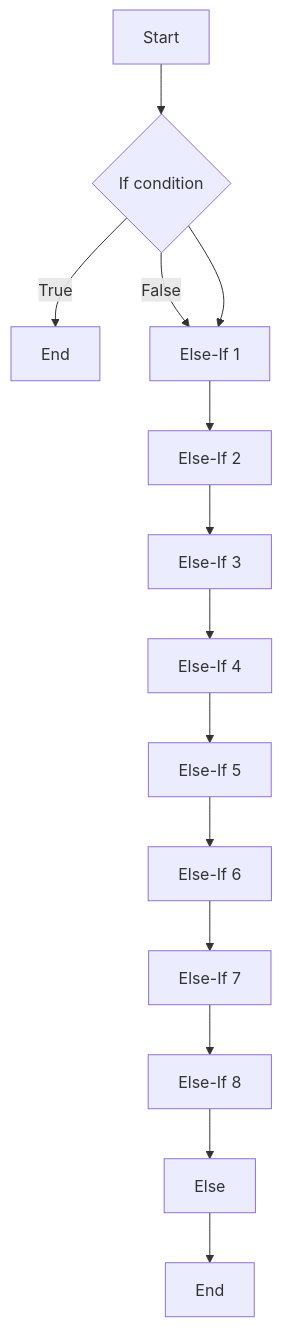
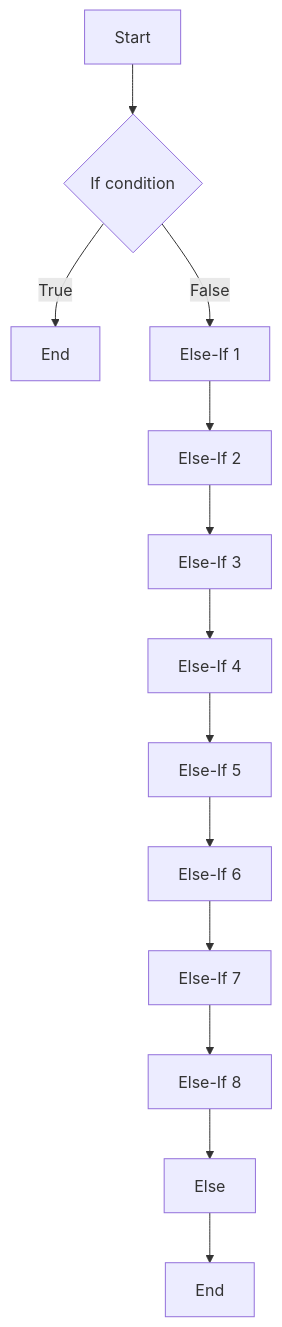
Before and after one commit to Alex-Rafter/wiki: the third of 4 diagrams in daily/2023-05-13.md, drawn with Mermaid.

````diff
--- a/daily/2023-05-13.md
+++ b/daily/2023-05-13.md
@@ -80,19 +80,18 @@
 ```mermaid
 
 flowchart TD
 A[Start] --> B{"If condition"}
 B -- True --> BEnd["End"]
 B -- False --> C
-B --> C[Else-If 1]
-C --> D[Else-If 2]
+C[Else-If 1] --> D[Else-If 2]
 D --> E[Else-If 3]
 E --> F[Else-If 4]
 F --> G[Else-If 5]
 G --> H[Else-If 6]
 H --> I[Else-If 7]
 I --> J[Else-If 8]
 J --> K[Else]
 K --> L[End]
 
 
 ```
````
